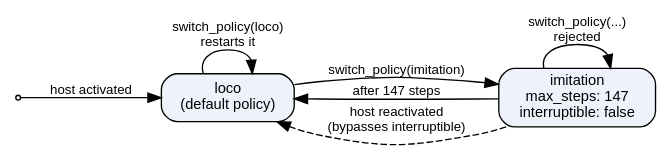
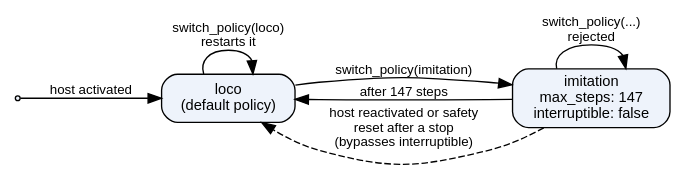
One commit to saikishor/ros2_policy_framework changed the first of 2 diagrams in docs/policies.rst. Above: the diagram before and after it, drawn with Graphviz. The commit also changed other lines of this file and 3 other files, not shown here.

Commit message:
Document in the README and the docs that a safety reset after a stop restarts the policy

```diff
--- a/docs/policies.rst
+++ b/docs/policies.rst
@@ -29,16 +29,16 @@
 .. graphviz::
 
    digraph switching {
      rankdir=LR;
      node [shape=box, style="rounded,filled", fillcolor="#eef3fb", fontname="Helvetica", fontsize=11];
      edge [fontname="Helvetica", fontsize=10];
      start [shape=point];
      loco [label="loco\n(default policy)"];
      imitation [label="imitation\nmax_steps: 147\ninterruptible: false"];
      start -> loco [label="host activated"];
      loco -> imitation [label="switch_policy(imitation)"];
      imitation -> loco [label="after 147 steps"];
      imitation -> imitation [label="switch_policy(...)\nrejected"];
      loco -> loco [label="switch_policy(loco)\nrestarts it"];
-     imitation -> loco [label="host reactivated\n(bypasses interruptible)", style=dashed];
+     imitation -> loco [label="host reactivated or safety\nreset after a stop\n(bypasses interruptible)", style=dashed];
    }
```
